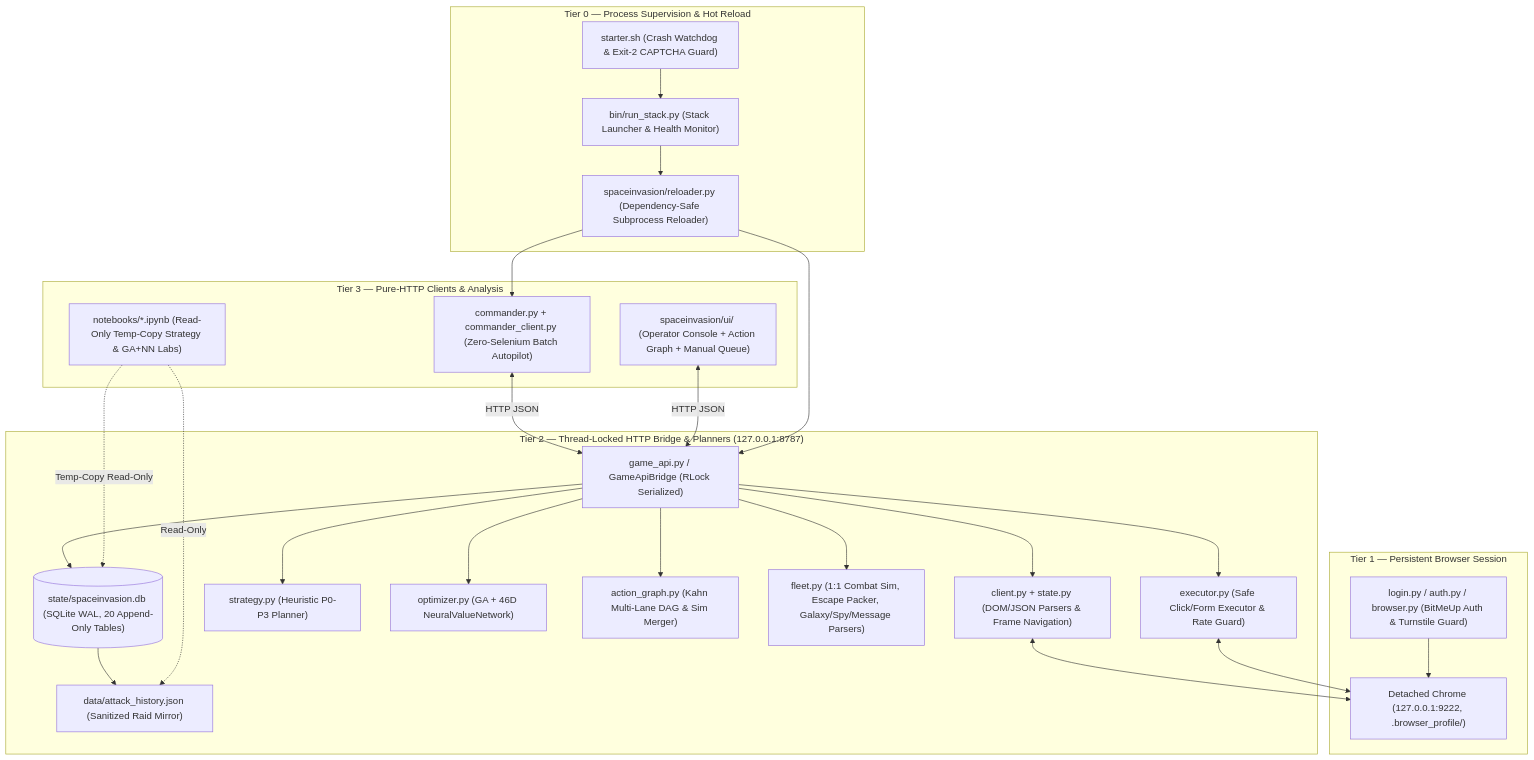
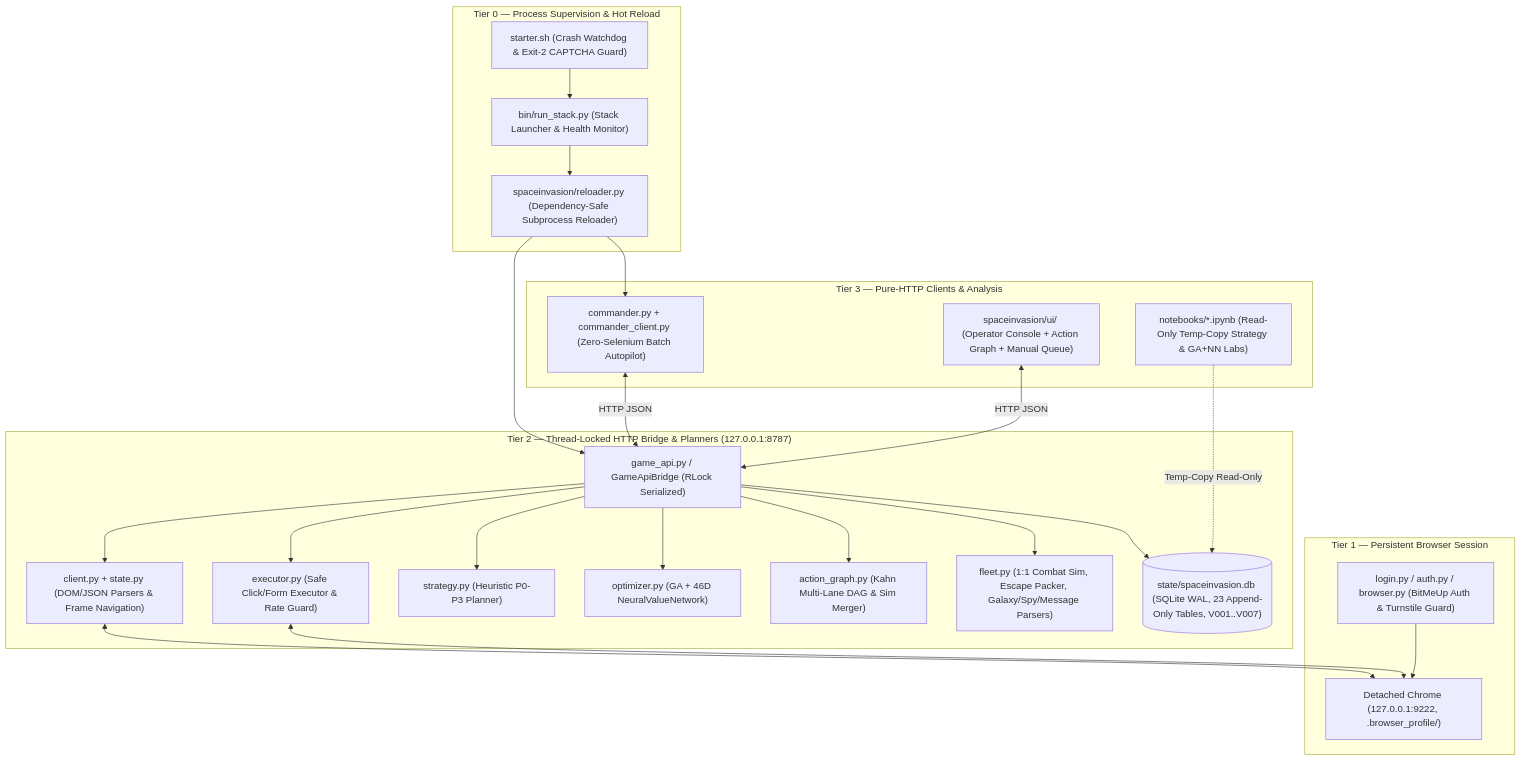
The first of 2 diagrams in docs/architecture.md (vitorecomp/spaceinvasion-autoplayer), drawn with Mermaid before and after one commit. The commit also changed 13 other files, not shown here.

Commit message:
feat(db): migrate rank_history.json and snapshot.json into SQLite (V007)

````diff
--- a/docs/architecture.md
+++ b/docs/architecture.md
@@ -9,53 +9,50 @@
 ```mermaid
 flowchart TB
     subgraph Sup["Tier 0 — Process Supervision & Hot Reload"]
         SH["starter.sh (Crash Watchdog & Exit-2 CAPTCHA Guard)"]
         RS["bin/run_stack.py (Stack Launcher & Health Monitor)"]
         RL["spaceinvasion/reloader.py (Dependency-Safe Subprocess Reloader)"]
         SH --> RS
         RS --> RL
     end
 
     subgraph T1["Tier 1 — Persistent Browser Session"]
         CH["Detached Chrome (127.0.0.1:9222, .browser_profile/)"]
         AU["login.py / auth.py / browser.py (BitMeUp Auth & Turnstile Guard)"]
         AU --> CH
     end
 
     subgraph T2["Tier 2 — Thread-Locked HTTP Bridge & Planners (127.0.0.1:8787)"]
         API["game_api.py / GameApiBridge (RLock Serialized)"]
         CL["client.py + state.py (DOM/JSON Parsers & Frame Navigation)"]
         EX["executor.py (Safe Click/Form Executor & Rate Guard)"]
         PRIO["strategy.py (Heuristic P0-P3 Planner)"]
         GANN["optimizer.py (GA + 46D NeuralValueNetwork)"]
         DAG["action_graph.py (Kahn Multi-Lane DAG & Sim Merger)"]
         FLT["fleet.py (1:1 Combat Sim, Escape Packer, Galaxy/Spy/Message Parsers)"]
-        DB[("state/spaceinvasion.db (SQLite WAL, 20 Append-Only Tables)")]
-        MIR["data/attack_history.json (Sanitized Raid Mirror)"]
+        DB[("state/spaceinvasion.db (SQLite WAL, 23 Append-Only Tables, V001..V007)")]
 
         API --> CL
         API --> EX
         API --> PRIO
         API --> GANN
         API --> DAG
         API --> FLT
         API --> DB
-        DB --> MIR
         CL <--> CH
         EX <--> CH
     end
 
     subgraph T3["Tier 3 — Pure-HTTP Clients & Analysis"]
         CMD["commander.py + commander_client.py (Zero-Selenium Batch Autopilot)"]
         UI["spaceinvasion/ui/ (Operator Console + Action Graph + Manual Queue)"]
         NB["notebooks/*.ipynb (Read-Only Temp-Copy Strategy & GA+NN Labs)"]
 
         CMD <-->|"HTTP JSON"| API
         UI <-->|"HTTP JSON"| API
         NB -.->|"Temp-Copy Read-Only"| DB
-        NB -.->|"Read-Only"| MIR
     end
 
     RL --> API
     RL --> CMD
 ```
````
